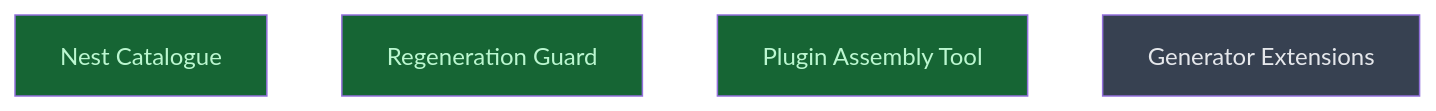
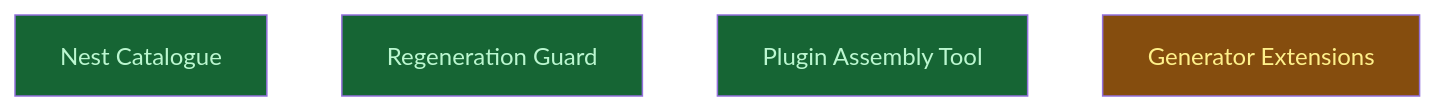
The diagram in __roadmap__/agent_plugin_nest/README.md (CrackingShells/cracking-shells-playbook), drawn with Mermaid before and after one commit. The commit also changed other lines of this file and 1 other file, not shown here.

Commit message:
chore(roadmap): open the generator level with generator_reshape in progress

````diff
--- a/__roadmap__/agent_plugin_nest/README.md
+++ b/__roadmap__/agent_plugin_nest/README.md
@@ -37,12 +37,12 @@
 ```mermaid
 graph TD
     nest_catalogue[Nest Catalogue]:::done
     regeneration_guard[Regeneration Guard]:::done
     plugin_assembly_tool[Plugin Assembly Tool]:::done
-    generator[Generator Extensions]:::planned
+    generator[Generator Extensions]:::inprogress
     classDef done       fill:#166534,color:#bbf7d0
     classDef inprogress fill:#854d0e,color:#fef08a
     classDef planned    fill:#374151,color:#e5e7eb
     classDef amendment  fill:#1e3a5f,color:#bfdbfe
     classDef blocked    fill:#7f1d1d,color:#fecaca
 ```
````
